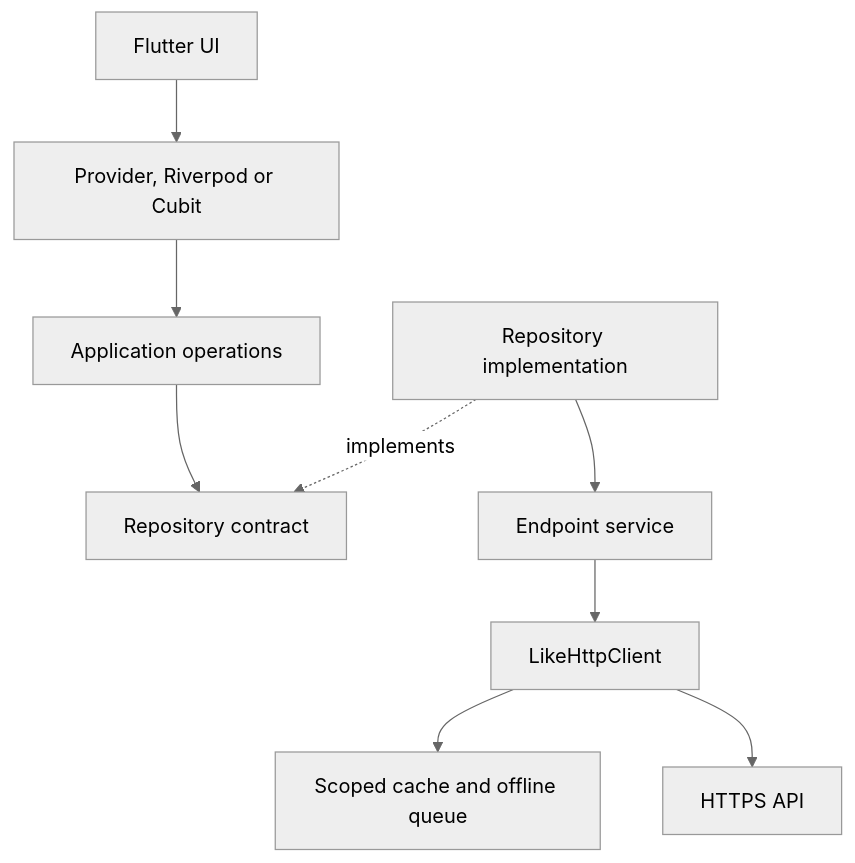
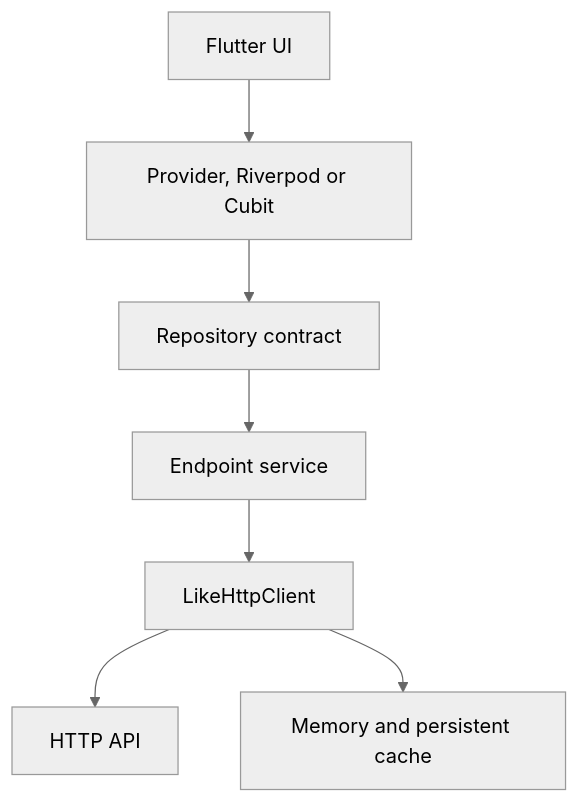
The first of 2 diagrams in README.md (AjayJasperJ/like), drawn with Mermaid (neutral theme) before and after one commit. The commit also changed other lines of this file, not shown here.

Commit message:
Rewrite README for current features, setup and complete usage flows

````diff
--- a/README.md
+++ b/README.md
@@ -54,11 +186,9 @@
 ```mermaid
 flowchart TD
     UI["Flutter UI"] --> State["Provider, Riverpod or Cubit"]
-    State --> UseCase["Application operations"]
-    UseCase --> Port["Repository contract"]
-    Repo["Repository implementation"] -. implements .-> Port
-    Repo --> Service["Endpoint service"]
+    State --> Repository["Repository contract"]
+    Repository --> Service["Endpoint service"]
     Service --> Client["LikeHttpClient"]
-    Client --> Cache["Scoped cache and offline queue"]
-    Client --> API["HTTPS API"]
+    Client --> API["HTTP API"]
+    Client --> Cache["Memory and persistent cache"]
 ```
````
